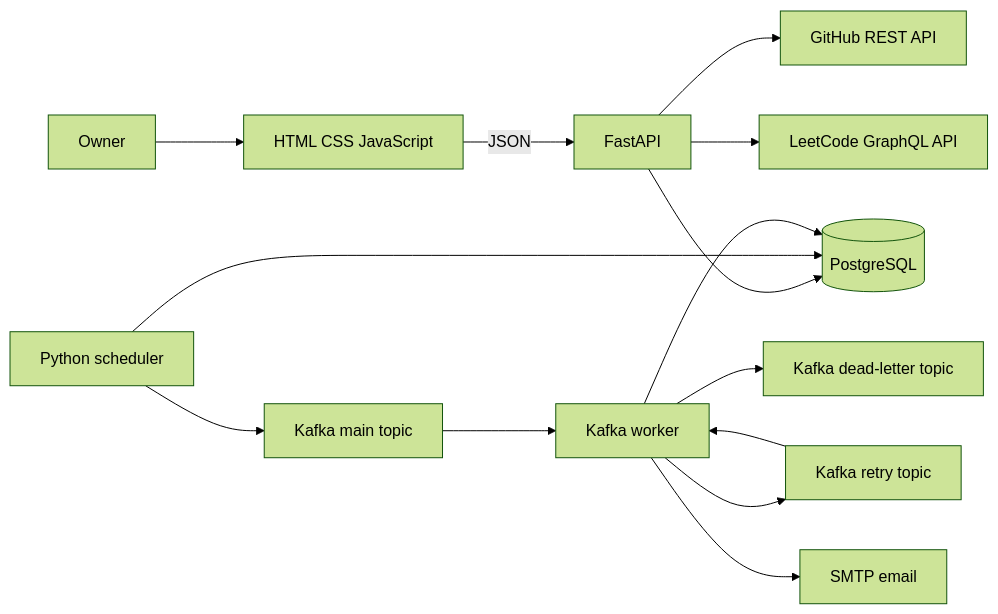
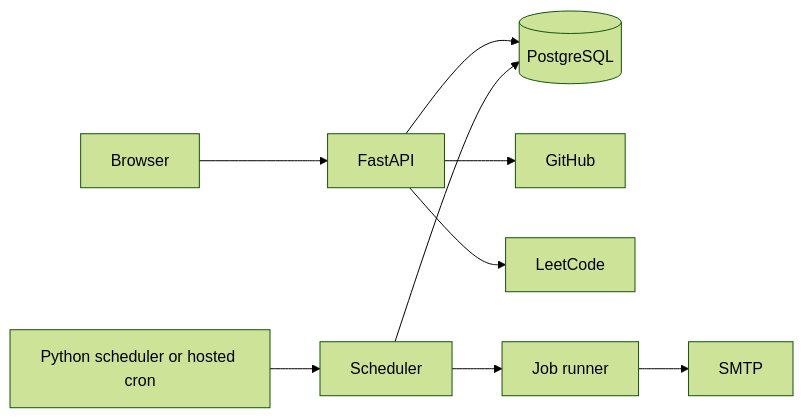
The first of 2 diagrams in PACE_INTERVIEW_GUIDE.md (rajeev8008/Pace), drawn with Mermaid (forest theme) before and after one commit. The commit also changed other lines of this file and 17 other files, not shown here.

First line of the commit message:
refactor replace Kafka with PostgreSQL job scheduling

````diff
--- a/PACE_INTERVIEW_GUIDE.md
+++ b/PACE_INTERVIEW_GUIDE.md
@@ -42,16 +7,11 @@
 ```mermaid
 flowchart LR
-    Owner[Owner] --> Browser[HTML CSS JavaScript]
-    Browser -->|JSON| API[FastAPI]
+    Browser --> API[FastAPI]
     API --> DB[(PostgreSQL)]
-    API --> GH[GitHub REST API]
-    API --> LC[LeetCode GraphQL API]
-    Scheduler[Python scheduler] --> DB
-    Scheduler --> Main[Kafka main topic]
-    Main --> Worker[Kafka worker]
-    Retry[Kafka retry topic] --> Worker
-    Worker --> DB
-    Worker --> Retry
-    Worker --> Dead[Kafka dead-letter topic]
-    Worker --> SMTP[SMTP email]
+    API --> GitHub
+    API --> LeetCode
+    Trigger[Python scheduler or hosted cron] --> Scheduler
+    Scheduler --> DB
+    Scheduler --> Runner[Job runner]
+    Runner --> SMTP
 ```
````
